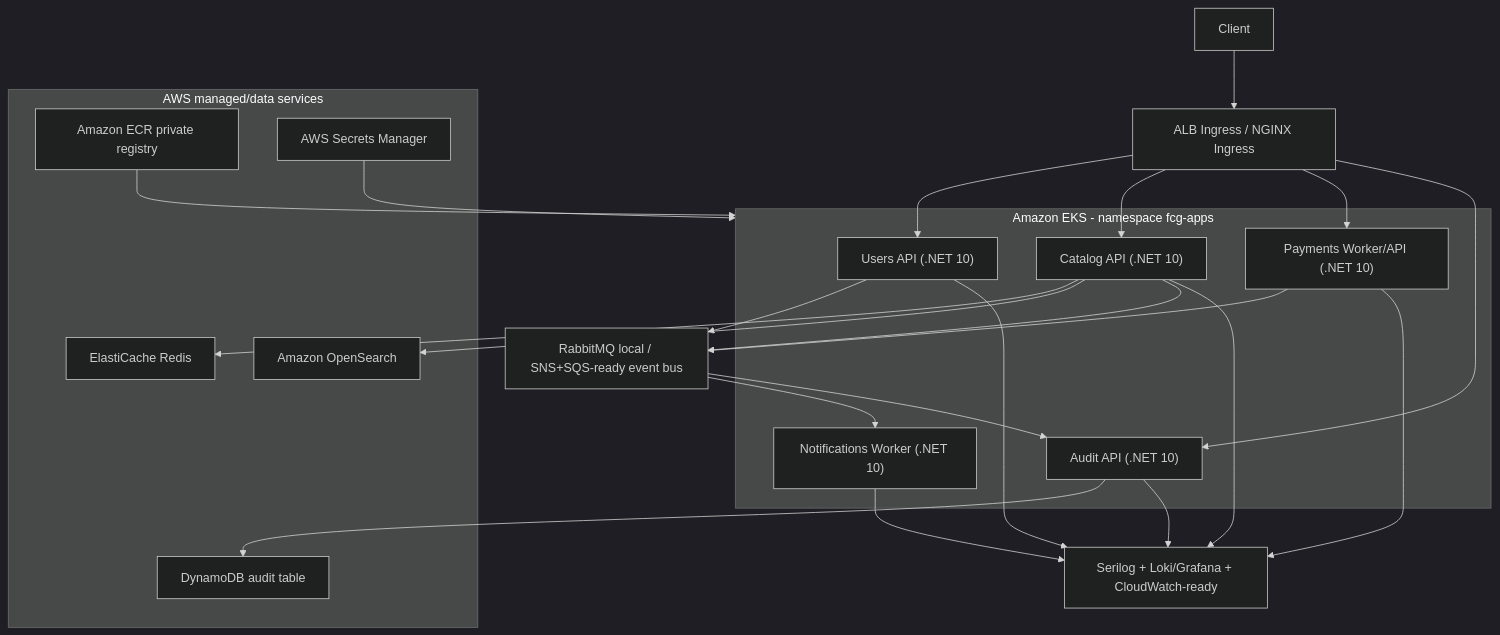
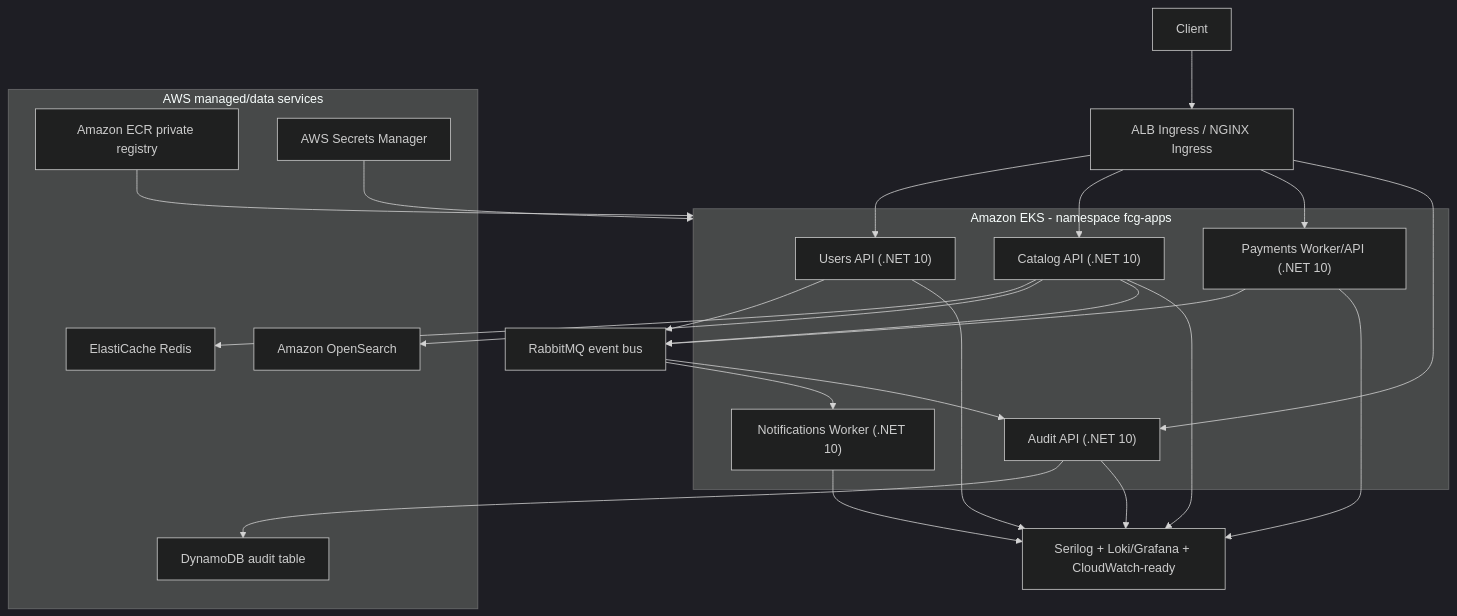
One commit to louresb/cloud-games-fase-4-orchestration-aws changed the diagram in README.md. Above: the diagram before and after it, drawn with Mermaid (dark theme). The commit also changed other lines of this file and 10 other files, not shown here.

````diff
--- a/README.md
+++ b/README.md
@@ -9,44 +7,44 @@
 ```mermaid
 flowchart TB
     Client["Client"] --> Ingress["ALB Ingress / NGINX Ingress"]
 
     subgraph EKS["Amazon EKS - namespace fcg-apps"]
         Users["Users API (.NET 10)"]
         Catalog["Catalog API (.NET 10)"]
         Payments["Payments Worker/API (.NET 10)"]
         Notifications["Notifications Worker (.NET 10)"]
         Audit["Audit API (.NET 10)"]
     end
 
     subgraph Data["AWS managed/data services"]
         ECR["Amazon ECR private registry"]
         Redis["ElastiCache Redis"]
         OpenSearch["Amazon OpenSearch"]
         DynamoDB["DynamoDB audit table"]
         Secrets["AWS Secrets Manager"]
     end
 
-    Broker["RabbitMQ local / SNS+SQS-ready event bus"]
+    Broker["RabbitMQ event bus"]
     Logs["Serilog + Loki/Grafana + CloudWatch-ready"]
 
     Ingress --> Users
     Ingress --> Catalog
     Ingress --> Payments
     Ingress --> Audit
 
     Catalog --> Redis
     Catalog --> OpenSearch
     Users --> Broker
     Catalog --> Broker
     Payments --> Broker
     Broker --> Notifications
     Broker --> Audit
     Audit --> DynamoDB
     Secrets --> EKS
     Users --> Logs
     Catalog --> Logs
     Payments --> Logs
     Notifications --> Logs
     Audit --> Logs
     ECR --> EKS
 ```
````
